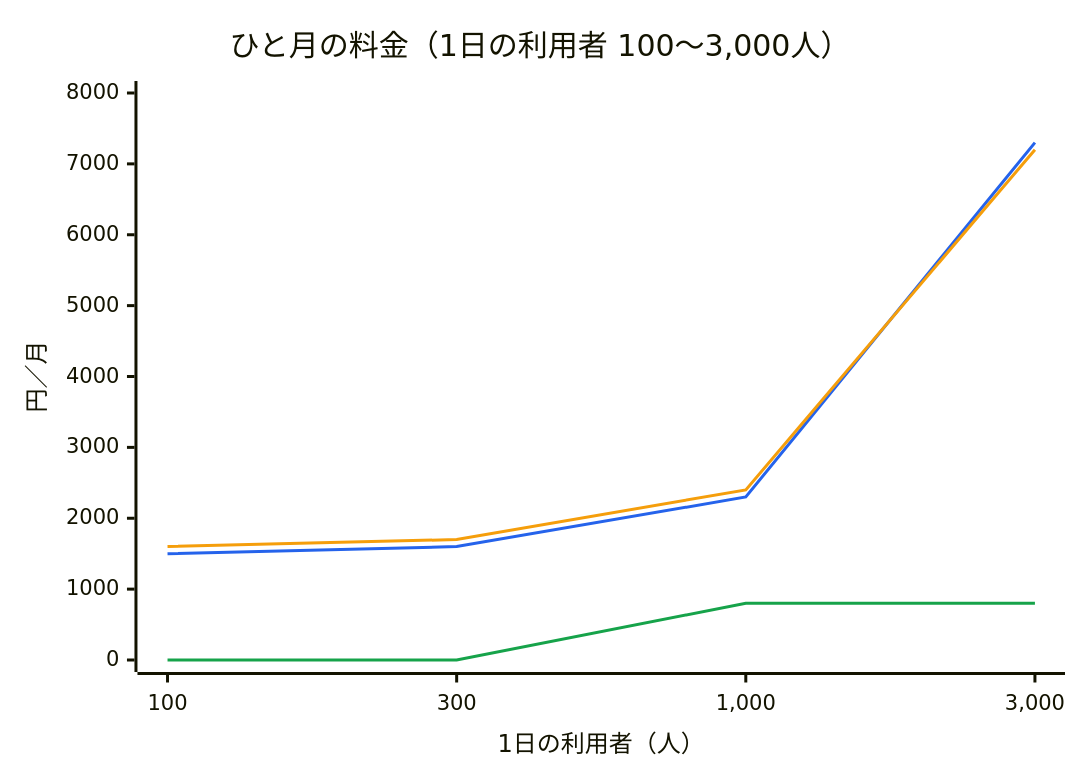
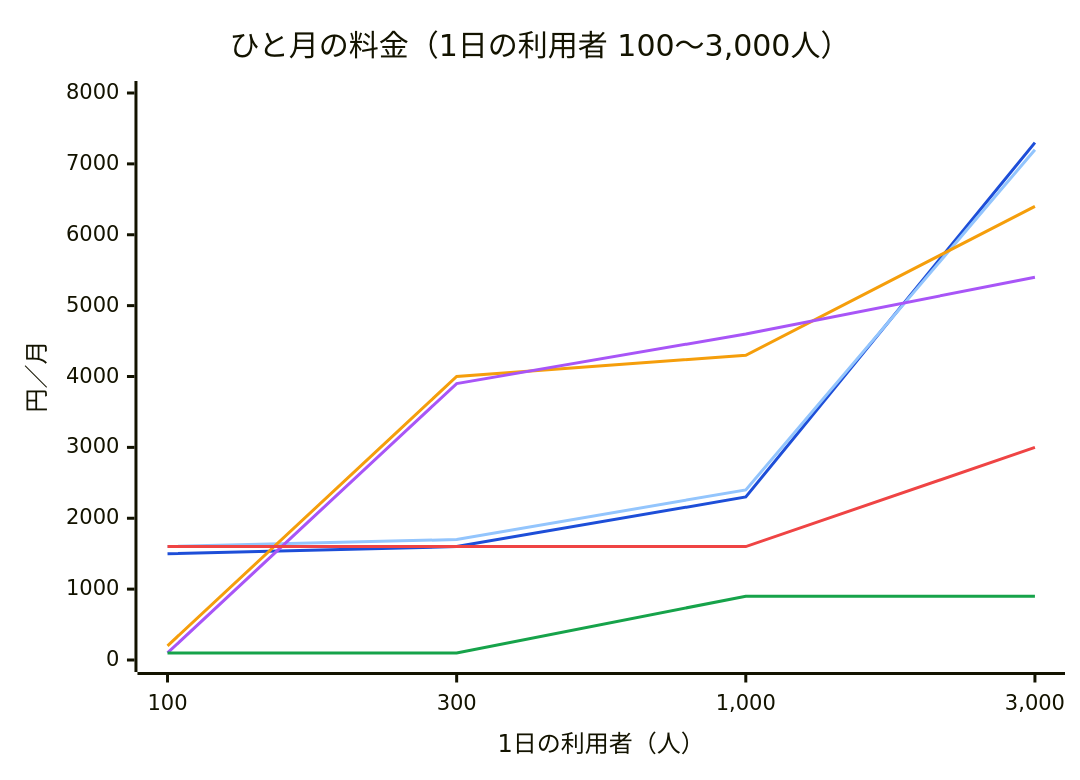
The first of 2 diagrams in docs/hosting-cost.md (takumi-okuya-dev/kanaeru-apps), drawn with Mermaid before and after one commit. The commit also changed other lines of this file and 3 other files, not shown here.

````diff
--- a/docs/hosting-cost.md
+++ b/docs/hosting-cost.md
@@ -13,15 +25,18 @@
 ```mermaid
 ---
 config:
   themeVariables:
     xyChart:
-      plotColorPalette: "#2563eb, #f59e0b, #16a34a"
+      plotColorPalette: "#1d4ed8, #93c5fd, #f59e0b, #a855f7, #ef4444, #16a34a"
 ---
 xychart-beta
   title "ひと月の料金（1日の利用者 100〜3,000人）"
   x-axis "1日の利用者（人）" ["100", "300", "1,000", "3,000"]
   y-axis "円／月" 0 --> 8000
   line [1500, 1600, 2300, 7300]
   line [1600, 1700, 2400, 7200]
-  line [0, 0, 800, 800]
+  line [200, 4000, 4300, 6400]
+  line [100, 3900, 4600, 5400]
+  line [1600, 1600, 1600, 3000]
+  line [100, 100, 900, 900]
 ```
````
